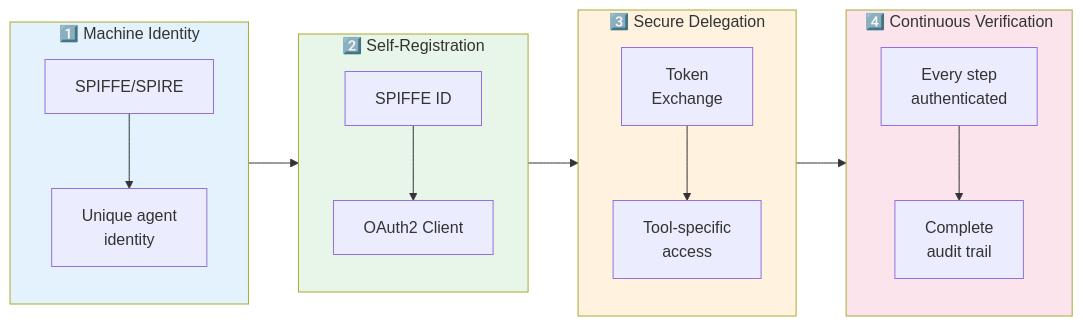
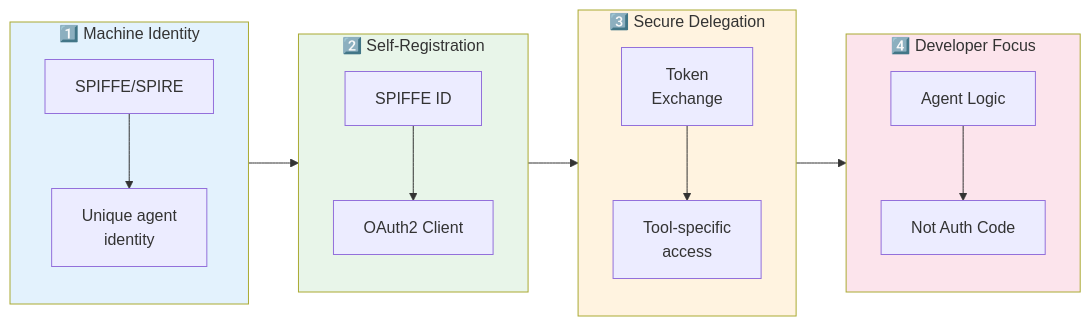
One commit to mrsabath/kagenti-extensions changed the tenth of 10 diagrams in AuthBridge/BLOG-agentic.md. Above: the diagram before and after it, drawn with Mermaid. The commit also changed other lines of this file, not shown here.

Commit message:
Add developer focus

````diff
--- a/AuthBridge/BLOG-agentic.md
+++ b/AuthBridge/BLOG-agentic.md
@@ -768,33 +671,33 @@
 ```mermaid
 flowchart LR
     subgraph Identity["1️⃣ Machine Identity"]
         I1["SPIFFE/SPIRE"]
         I2["Unique agent<br/>identity"]
         I1 --> I2
     end
     
     subgraph Registration["2️⃣ Self-Registration"]
         R1["SPIFFE ID"]
         R2["OAuth2 Client"]
         R1 --> R2
     end
     
     subgraph Delegation["3️⃣ Secure Delegation"]
         D1["Token<br/>Exchange"]
         D2["Tool-specific<br/>access"]
         D1 --> D2
     end
     
-    subgraph Verification["4️⃣ Continuous Verification"]
-        V1["Every step<br/>authenticated"]
-        V2["Complete<br/>audit trail"]
-        V1 --> V2
+    subgraph Developer["4️⃣ Developer Focus"]
+        Dev1["Agent Logic"]
+        Dev2["Not Auth Code"]
+        Dev1 --> Dev2
     end
     
-    Identity --> Registration --> Delegation --> Verification
+    Identity --> Registration --> Delegation --> Developer
     
     style Identity fill:#e3f2fd
     style Registration fill:#e8f5e9
     style Delegation fill:#fff3e0
-    style Verification fill:#fce4ec
+    style Developer fill:#fce4ec
 ```
````
